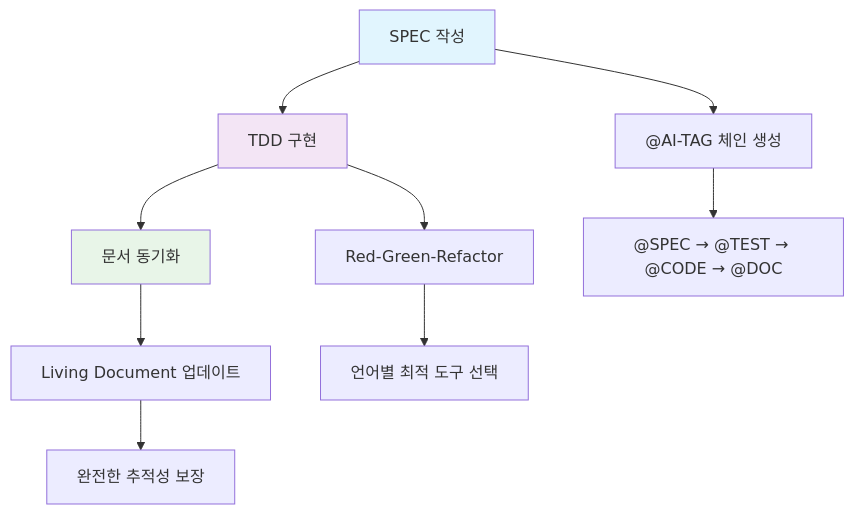
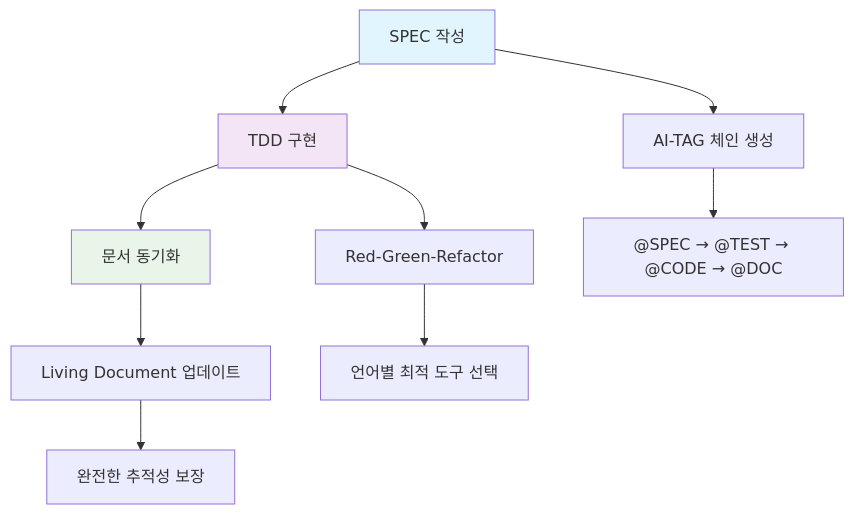
One commit to modu-ai/moai-adk changed the first of 6 diagrams in README.md. Above: the diagram before and after it, drawn with Mermaid. The commit also changed other lines of this file and 104 other files, not shown here.

````diff
--- a/README.md
+++ b/README.md
@@ -27,15 +27,15 @@
 ```mermaid
 graph TB
     A[SPEC 작성] --> B[TDD 구현] --> C[문서 동기화]
-    A --> D["@AI-TAG 체인 생성"]
+    A --> D["AI-TAG 체인 생성"]
     B --> E[Red-Green-Refactor]
     C --> F[Living Document 업데이트]
 
     D --> G["@SPEC → @TEST → @CODE → @DOC"]
     E --> H[언어별 최적 도구 선택]
     F --> I[완전한 추적성 보장]
 
     style A fill:#e1f5fe
     style B fill:#f3e5f5
     style C fill:#e8f5e8
 ```
````
